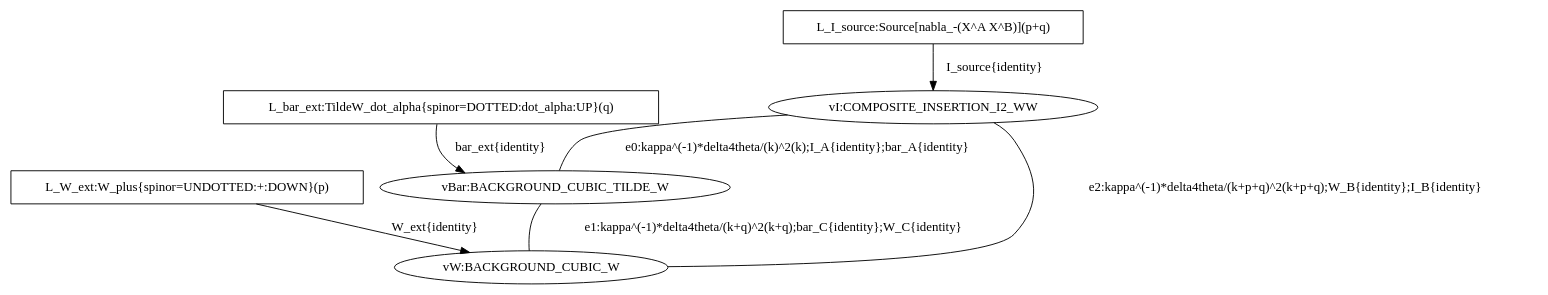
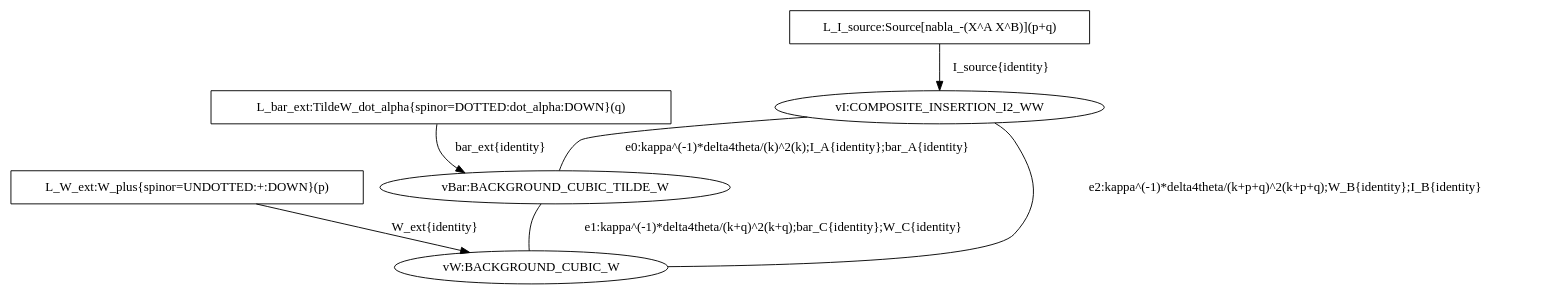
Before and after one commit to lbotao399-stack/anomaly-ward-identity-in-susy-theories: the first of 2 diagrams in generated/step5/typed-pipeline/ww-direct.md, drawn with Graphviz. The commit also changed other lines of this file and 150 other files, not shown here.

````diff
--- a/generated/step5/typed-pipeline/ww-direct.md
+++ b/generated/step5/typed-pipeline/ww-direct.md
@@ -50,16 +52,16 @@
 ```dot
 digraph "WW_DIRECT_EXACT__pairing_005" {
   "vI" [label="vI:COMPOSITE_INSERTION_I2_WW"];
   "vBar" [label="vBar:BACKGROUND_CUBIC_TILDE_W"];
   "vW" [label="vW:BACKGROUND_CUBIC_W"];
   "X_L_I_source" [shape=box,label="L_I_source:Source[nabla_-(X^A X^B)](p+q)"];
   "X_L_I_source" -> "vI" [label="I_source{identity}"];
-  "X_L_bar_ext" [shape=box,label="L_bar_ext:TildeW_dot_alpha{spinor=DOTTED:dot_alpha:UP}(q)"];
+  "X_L_bar_ext" [shape=box,label="L_bar_ext:TildeW_dot_alpha{spinor=DOTTED:dot_alpha:DOWN}(q)"];
   "X_L_bar_ext" -> "vBar" [label="bar_ext{identity}"];
   "X_L_W_ext" [shape=box,label="L_W_ext:W_plus{spinor=UNDOTTED:+:DOWN}(p)"];
   "X_L_W_ext" -> "vW" [label="W_ext{identity}"];
   "vI" -> "vBar" [dir=none,label="e0:kappa^(-1)*delta4theta/(k)^2(k);I_A{identity};bar_A{identity}"];
   "vBar" -> "vW" [dir=none,label="e1:kappa^(-1)*delta4theta/(k+q)^2(k+q);bar_C{identity};W_C{identity}"];
   "vW" -> "vI" [dir=none,label="e2:kappa^(-1)*delta4theta/(k+p+q)^2(k+p+q);W_B{identity};I_B{identity}"];
 }
 ```
````
